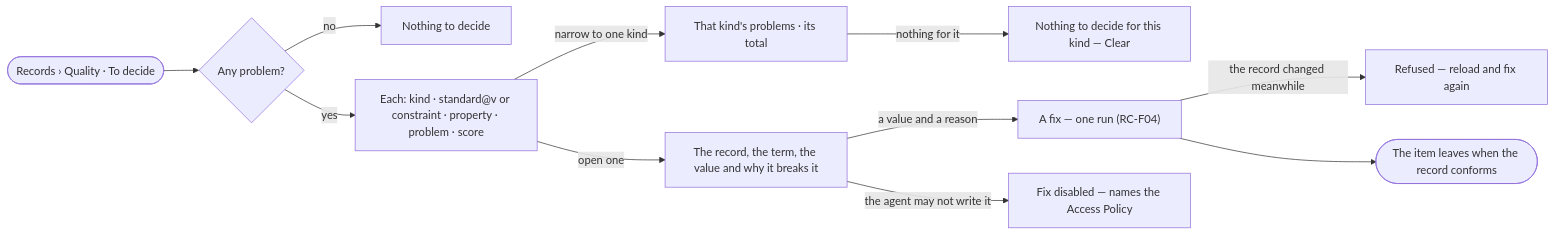
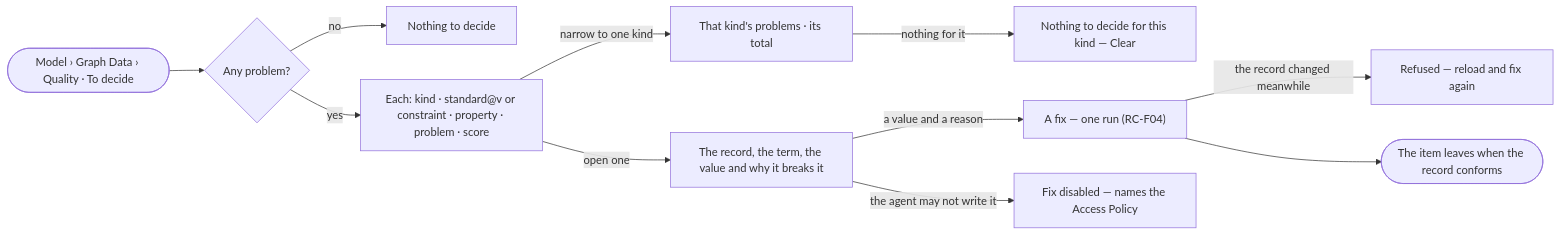
The diagram in specs/capabilities/records/features/RC-F03-quality-against-the-model/stories/RC-12-decide-what-breaks-the-standards/story.md (invana/invana), drawn with Mermaid before and after one commit. The commit also changed 133 other files, not shown here.

````diff
--- a/specs/capabilities/records/features/RC-F03-quality-against-the-model/stories/RC-12-decide-what-breaks-the-standards/story.md
+++ b/specs/capabilities/records/features/RC-F03-quality-against-the-model/stories/RC-12-decide-what-breaks-the-standards/story.md
@@ -29,13 +29,13 @@
 ```mermaid
 flowchart LR
-  a([Records › Quality · To decide]) --> q{Any problem?}
+  a([Model › Graph Data › Quality · To decide]) --> q{Any problem?}
   q -->|no| e["Nothing to decide"]
   q -->|yes| l["Each: kind · standard@v or constraint · property · problem · score"]
   l -->|narrow to one kind| n["That kind's problems · its total"]
   n -->|nothing for it| ne["Nothing to decide for this kind — Clear"]
   l -->|open one| i["The record, the term, the value and why it breaks it"]
   i -->|a value and a reason| fx["A fix — one run (RC-F04)"]
   fx -->|the record changed meanwhile| fxx["Refused — reload and fix again"]
   fx --> ok(["The item leaves when the record conforms"])
   i -->|the agent may not write it| ro["Fix disabled — names the Access Policy"]
 ```
````
